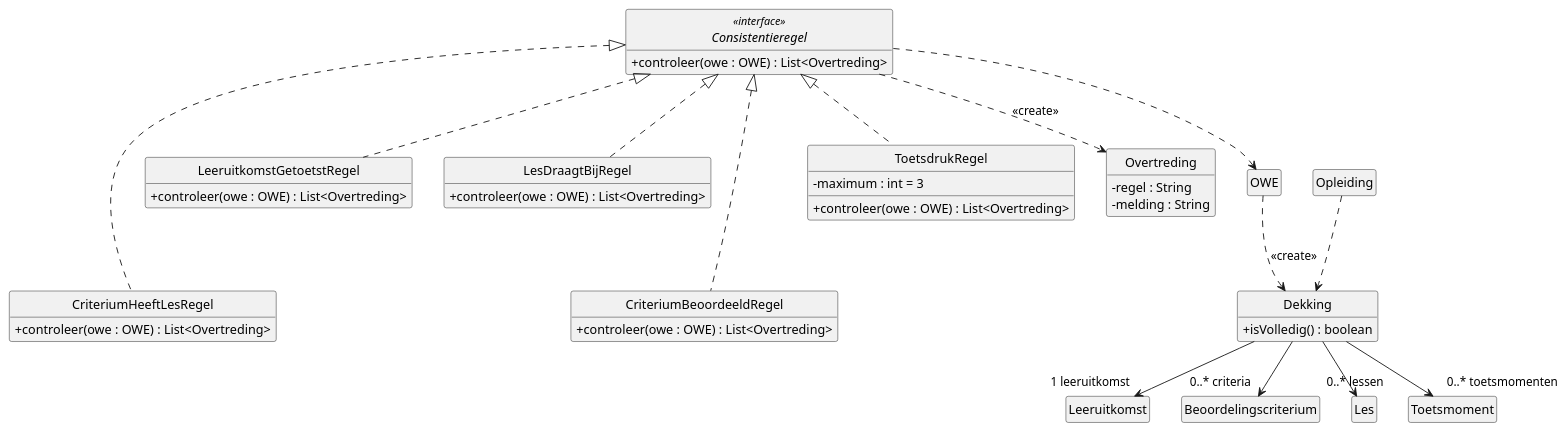
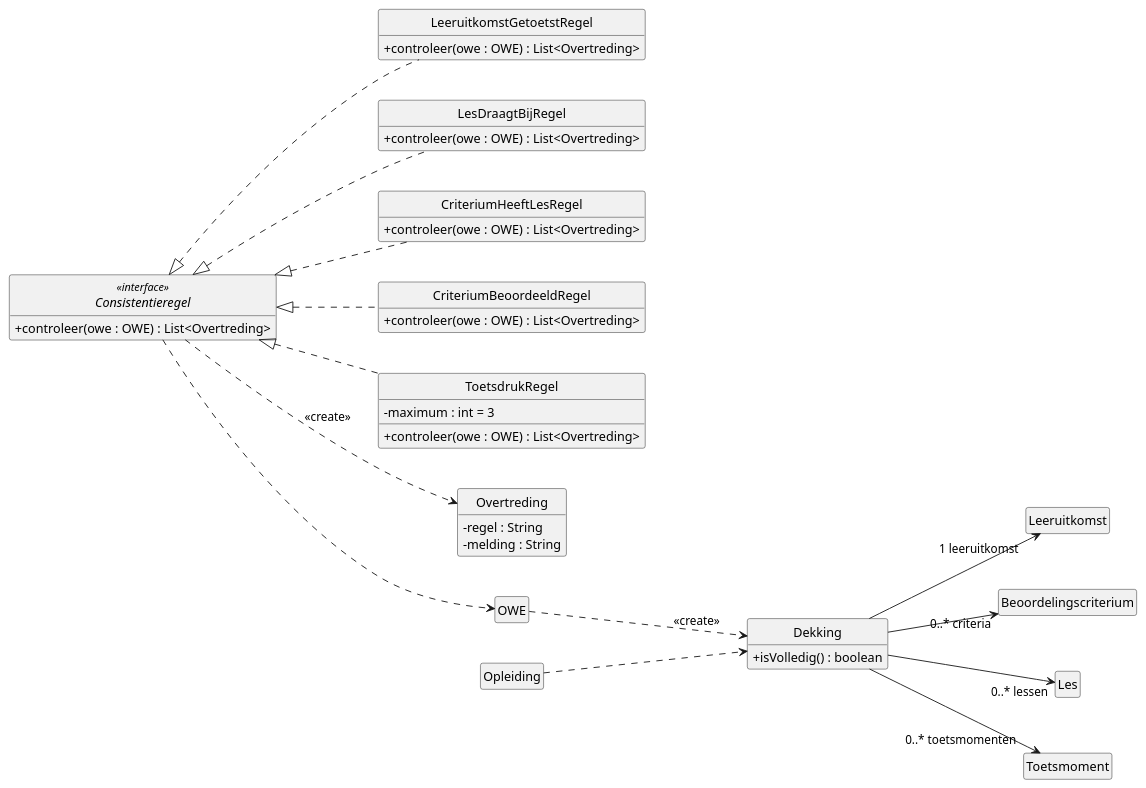
The diagram in docs/diagrams/klassendiagram-controle.puml (HAN-Craftsmanship-KL-JJG/casus), drawn with PlantUML before and after one commit. The commit also changed 1 other file, not shown here.

Commit message:
docs: lay out rules diagram from left to right
The rules and coverage diagram was still wide, with crossing lines and
crowded role names. Stack the rules in one column next to their
interface, and give the coverage associations more room.

Refs #6

```diff
--- a/docs/diagrams/klassendiagram-controle.puml
+++ b/docs/diagrams/klassendiagram-controle.puml
@@ -1,68 +1,70 @@
 @startuml klassendiagram-controle
 ' Design class diagram van ICDE: consistentieregels en dekking (UC05, UC08).
 ' Toelichting: docs/klassendiagram.md
 ' OWE, Leeruitkomst, Beoordelingscriterium, Les en Toetsmoment staan volledig in
 ' klassendiagram-domein.puml.
 skinparam style strictuml
 skinparam shadowing false
 skinparam defaultFontName Helvetica
 skinparam classAttributeIconSize 0
 hide empty members
+left to right direction
+skinparam nodesep 45
 
 interface Consistentieregel <<interface>> {
   + controleer(owe : OWE) : List<Overtreding>
 }
 
 class LeeruitkomstGetoetstRegel {
   + controleer(owe : OWE) : List<Overtreding>
 }
 class LesDraagtBijRegel {
   + controleer(owe : OWE) : List<Overtreding>
 }
 class CriteriumHeeftLesRegel {
   + controleer(owe : OWE) : List<Overtreding>
 }
 class CriteriumBeoordeeldRegel {
   + controleer(owe : OWE) : List<Overtreding>
 }
 class ToetsdrukRegel {
   - maximum : int = 3
   + controleer(owe : OWE) : List<Overtreding>
 }
 
 class Overtreding {
   - regel : String
   - melding : String
 }
 
 class Dekking {
   + isVolledig() : boolean
 }
 
 class OWE
 class Opleiding
 class Leeruitkomst
 class Beoordelingscriterium
 class Les
 class Toetsmoment
 
 Consistentieregel <|.. LeeruitkomstGetoetstRegel
 Consistentieregel <|.. LesDraagtBijRegel
 Consistentieregel <|.. CriteriumHeeftLesRegel
 Consistentieregel <|.. CriteriumBeoordeeldRegel
 Consistentieregel <|.. ToetsdrukRegel
 
-' Onzichtbare lijnen zetten de regels in twee rijen, zodat het diagram smaller wordt.
-LeeruitkomstGetoetstRegel -[hidden]down- CriteriumHeeftLesRegel
-LesDraagtBijRegel -[hidden]down- CriteriumBeoordeeldRegel
-
 Consistentieregel ..> OWE
 Consistentieregel ..> Overtreding : <<create>>
 
 Opleiding ..> Dekking
 OWE ..> Dekking : <<create>>
-Dekking --> "1 leeruitkomst" Leeruitkomst
-Dekking --> "0..* criteria" Beoordelingscriterium
-Dekking --> "0..* toetsmomenten" Toetsmoment
-Dekking --> "0..* lessen" Les
+' Langere lijnen geven de rolnamen bij Dekking ruimte.
+Dekking ---> "1 leeruitkomst" Leeruitkomst
+' Langere lijnen geven de rolnamen bij Dekking ruimte.
+Dekking ---> "0..* criteria" Beoordelingscriterium
+' Langere lijnen geven de rolnamen bij Dekking ruimte.
+Dekking ---> "0..* toetsmomenten" Toetsmoment
+' Langere lijnen geven de rolnamen bij Dekking ruimte.
+Dekking ---> "0..* lessen" Les
 @enduml
```
